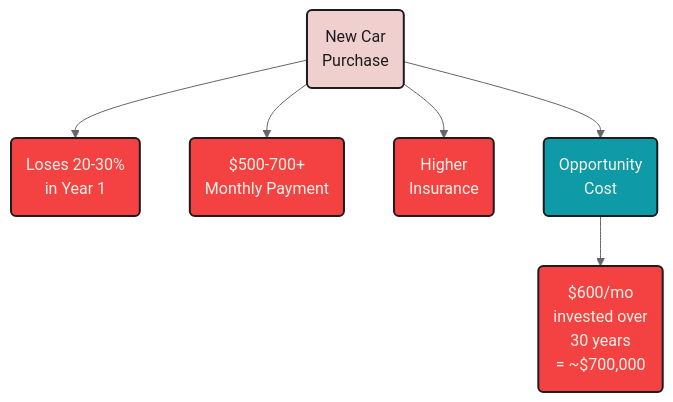
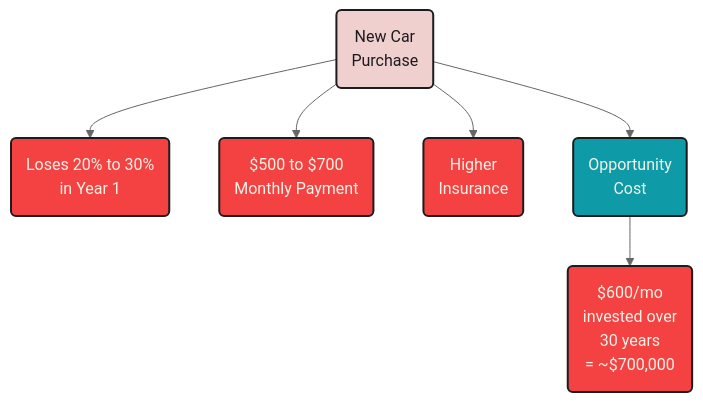
One commit to mjfrigaard/fm-finance changed the fifth of 7 diagrams in managing_debt.qmd. Above: the diagram before and after it, drawn with Mermaid. The commit also changed other lines of this file and 22 other files, not shown here.

````diff
--- a/managing_debt.qmd
+++ b/managing_debt.qmd
@@ -263,18 +278,18 @@
 ```{mermaid}
 %%| fig-cap: 'Car Payments'
 %%| fig-align: center
 %%{init: {'theme': 'neutral', 'themeVariables': { 'fontFamily': 'monospace', "darkMode":false, "fontSize":"16px"}}}%%
 
 flowchart TD
-    NewCar("New Car<br>Purchase") --> Depreciation("Loses 20-30%<br>in Year 1")
-    NewCar --> Payment("$500-700+<br>Monthly Payment")
+    NewCar("New Car<br>Purchase") --> Depreciation("Loses 20% to 30%<br>in Year 1")
+    NewCar --> Payment("$500 to $700<br>Monthly Payment")
     NewCar --> Insurance("Higher<br>Insurance")
     NewCar --> Opportunity("Opportunity<br>Cost")
     Opportunity --> LostWealth("$600/mo<br>invested over<br>30 years<br>= ~$700,000")
     style NewCar fill:#f0cfcf,color:#1C1C1E,stroke:#1C1C1E,stroke-width:2px
     style Depreciation fill:#f44242,color:#F5F2E8,stroke:#1C1C1E,stroke-width:2px
     style Payment fill:#f44242,color:#F5F2E8,stroke:#1C1C1E,stroke-width:2px
     style Insurance fill:#f44242,color:#F5F2E8,stroke:#1C1C1E,stroke-width:2px
     style Opportunity fill:#0e9aa7,color:#F5F2E8,stroke:#1C1C1E,stroke-width:2px
     style LostWealth fill:#f44242,color:#F5F2E8,stroke:#1C1C1E,stroke-width:2px
 ```
````
